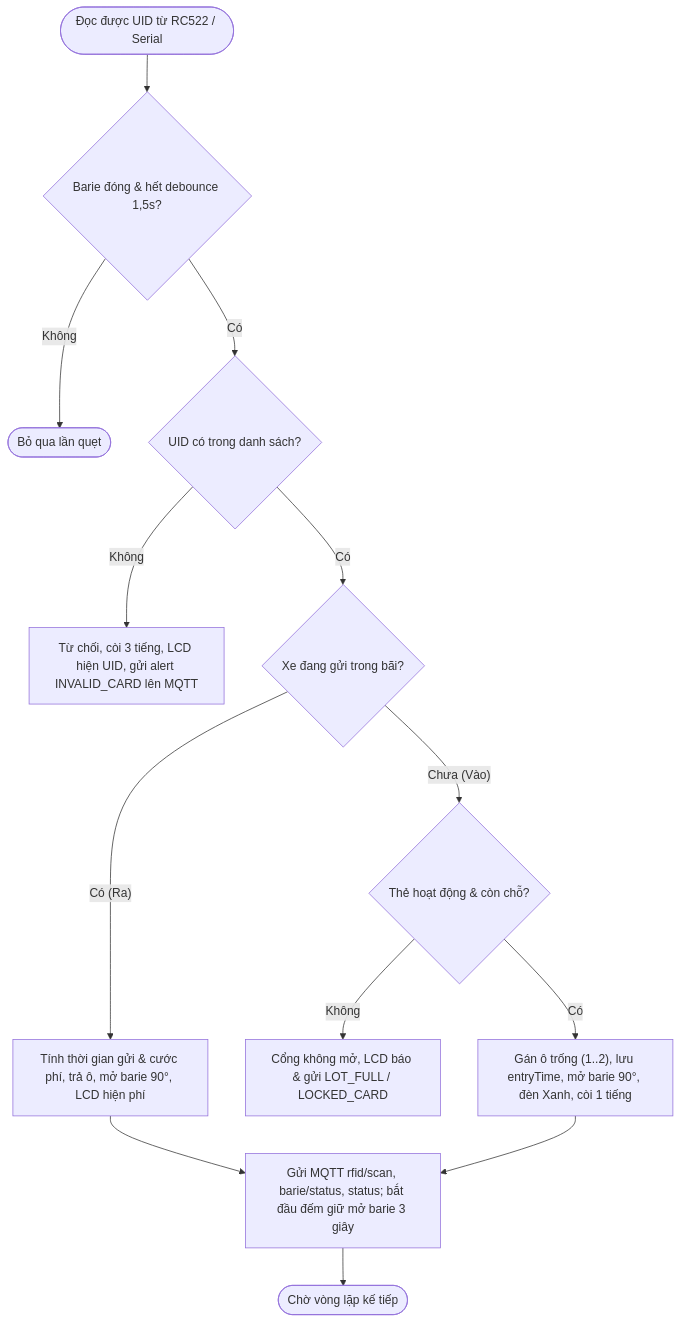
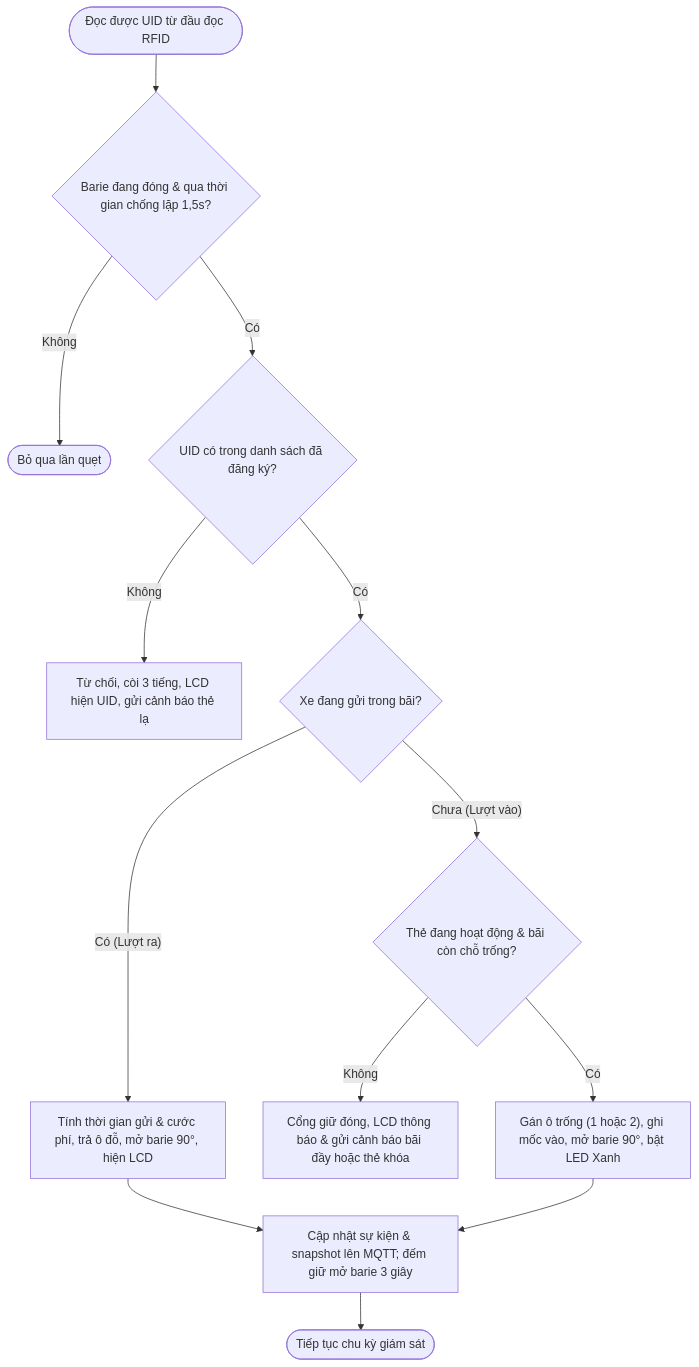
The third of 6 diagrams in docs/BAO_CAO_TIEU_LUAN_HOAN_CHINH.md (Tthoong129/IOT_Nhom4), drawn with Mermaid before and after one commit. The commit also changed other lines of this file, not shown here.

````diff
--- a/docs/BAO_CAO_TIEU_LUAN_HOAN_CHINH.md
+++ b/docs/BAO_CAO_TIEU_LUAN_HOAN_CHINH.md
@@ -370,15 +372,15 @@
 ```mermaid
 flowchart TD
-    S0(["Đọc được UID từ RC522 / Serial"]) --> D1{"Barie đóng & hết debounce 1,5s?"}
+    S0(["Đọc được UID từ đầu đọc RFID"]) --> D1{"Barie đang đóng & qua thời gian chống lặp 1,5s?"}
     D1 -->|"Không"| B1(["Bỏ qua lần quẹt"])
-    D1 -->|"Có"| D2{"UID có trong danh sách?"}
-    D2 -->|"Không"| B2["Từ chối, còi 3 tiếng, LCD hiện UID, gửi alert INVALID_CARD lên MQTT"]
+    D1 -->|"Có"| D2{"UID có trong danh sách đã đăng ký?"}
+    D2 -->|"Không"| B2["Từ chối, còi 3 tiếng, LCD hiện UID, gửi cảnh báo thẻ lạ"]
     D2 -->|"Có"| D3{"Xe đang gửi trong bãi?"}
-    D3 -->|"Có (Ra)"| A_OUT["Tính thời gian gửi & cước phí, trả ô, mở barie 90°, LCD hiện phí"]
-    D3 -->|"Chưa (Vào)"| D4{"Thẻ hoạt động & còn chỗ?"}
-    D4 -->|"Không"| B3["Cổng không mở, LCD báo & gửi LOT_FULL / LOCKED_CARD"]
-    D4 -->|"Có"| A_IN["Gán ô trống (1..2), lưu entryTime, mở barie 90°, đèn Xanh, còi 1 tiếng"]
-    A_OUT --> PUB["Gửi MQTT rfid/scan, barie/status, status; bắt đầu đếm giữ mở barie 3 giây"]
+    D3 -->|"Có (Lượt ra)"| A_OUT["Tính thời gian gửi & cước phí, trả ô đỗ, mở barie 90°, hiện LCD"]
+    D3 -->|"Chưa (Lượt vào)"| D4{"Thẻ đang hoạt động & bãi còn chỗ trống?"}
+    D4 -->|"Không"| B3["Cổng giữ đóng, LCD thông báo & gửi cảnh báo bãi đầy hoặc thẻ khóa"]
+    D4 -->|"Có"| A_IN["Gán ô trống (1 hoặc 2), ghi mốc vào, mở barie 90°, bật LED Xanh"]
+    A_OUT --> PUB["Cập nhật sự kiện & snapshot lên MQTT; đếm giữ mở barie 3 giây"]
     A_IN --> PUB
-    PUB --> W1(["Chờ vòng lặp kế tiếp"])
+    PUB --> W1(["Tiếp tục chu kỳ giám sát"])
 ```
````
